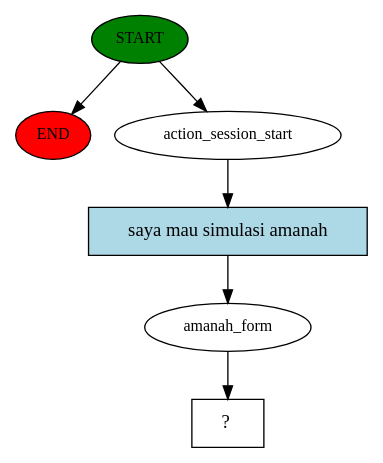
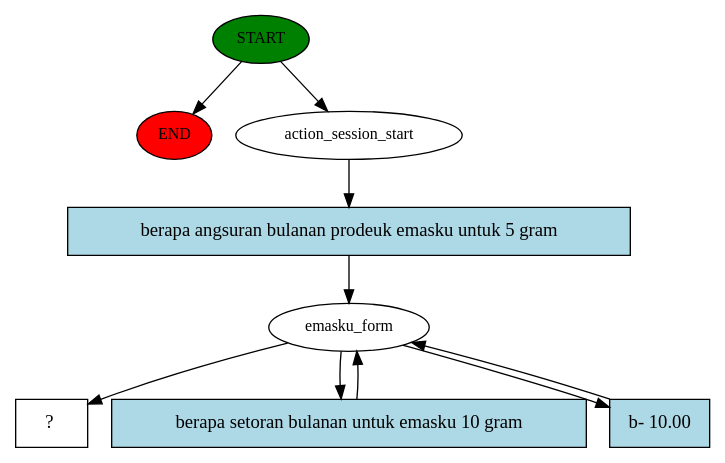
One commit to irfan23m/servicePythonGea changed the diagram in gea/story_graph.dot. Above: the diagram before and after it, drawn with Graphviz. The commit also changed 28 other files, not shown here.

```diff
--- a/gea/story_graph.dot
+++ b/gea/story_graph.dot
@@ -1,13 +1,19 @@
 digraph  {
 0 [class="start active", fillcolor=green, fontsize=12, label=START, style=filled];
 "-1" [class=end, fillcolor=red, fontsize=12, label=END, style=filled];
 1 [class=active, fontsize=12, label=action_session_start];
-2 [class=active, fontsize=12, label=amanah_form];
-3 [class="intent dashed active", label="  ?  ", shape=rect];
-4 [class="intent active", fillcolor=lightblue, label="saya mau simulasi amanah", shape=rect, style=filled];
+2 [class=active, fontsize=12, label=emasku_form];
+6 [class="intent dashed active", label="  ?  ", shape=rect];
+7 [class="intent active", fillcolor=lightblue, label="berapa angsuran bulanan prodeuk emasku untuk 5 gram", shape=rect, style=filled];
+8 [class="intent active", fillcolor=lightblue, label="berapa setoran bulanan untuk emasku 10 gram", shape=rect, style=filled];
+9 [class="intent active", fillcolor=lightblue, label="b- 10.00", shape=rect, style=filled];
 0 -> "-1"  [class="", key=NONE, label=""];
 0 -> 1  [class=active, key=NONE, label=""];
-1 -> 4  [class=active, key=0];
-2 -> 3  [class=active, key=NONE, label=""];
-4 -> 2  [class=active, key=0];
+1 -> 7  [class=active, key=0];
+2 -> 6  [class=active, key=NONE, label=""];
+2 -> 8  [class=active, key=0];
+2 -> 9  [class=active, key=0];
+7 -> 2  [class=active, key=0];
+8 -> 2  [class=active, key=0];
+9 -> 2  [class=active, key=0];
 }
```
